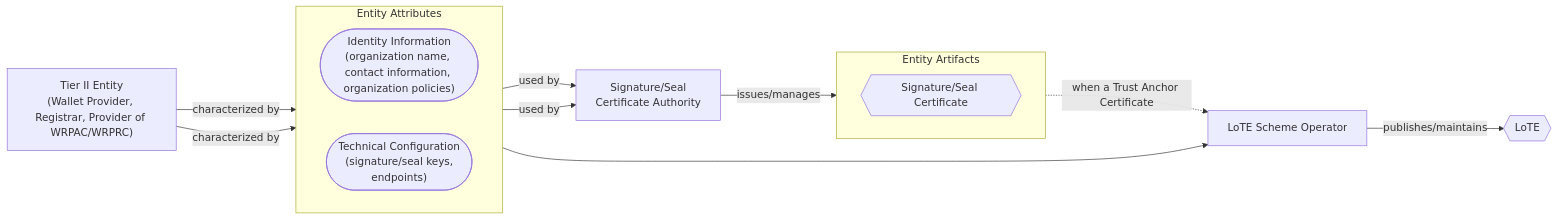
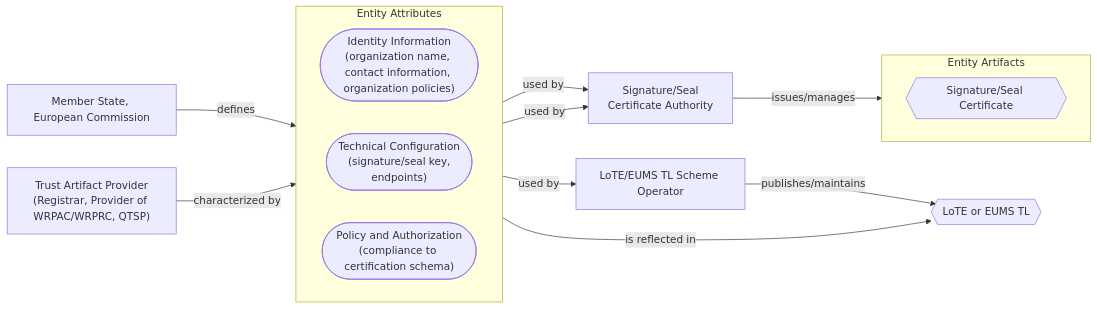
Before and after one commit to APTITUDE-Consortium/wp2-trust-specifications: the third of 4 diagrams in docs/topics/trust-management-process.md, drawn with Mermaid. The commit also changed other lines of this file, not shown here.

````diff
--- a/docs/topics/trust-management-process.md
+++ b/docs/topics/trust-management-process.md
@@ -240,32 +199,35 @@
 ```mermaid
 flowchart LR
-    mid_ent["Tier II Entity<br>(Wallet Provider, Registrar, Provider of WRPAC/WRPRC)"]
+    mid_ent["Trust Artifact Provider<br>(Registrar, Provider of WRPAC/WRPRC, QTSP)"]
 
     subgraph abst["Entity Attributes"]
         direction LR
         id(["Identity Information<br>(organization name, contact information, organization policies)"])
-        tech(["Technical Configuration<br>(signature/seal keys,<br> endpoints)"])
-        %%authz["Policy and Authorization<br>(entitlements, attestation provvision, attestation request, intermediary use, intended use)"]
+        tech(["Technical Configuration<br>(signature/seal key,<br> endpoints)"])
+        authz(["Policy and Authorization<br>(compliance to certification schema)"])
     end
 
     subgraph arti["Entity Artifacts"]
         direction LR
         csig{{"Signature/Seal Certificate"}}
     end
 
-    tl{{"LoTE"}}
+    ms["Member State, European Commission"]
+
+    tl{{"LoTE or EUMS TL"}}
 
     ca["Signature/Seal<br>Certificate Authority"]
-    tlp["LoTE Scheme Operator"]
+    tlp["LoTE/EUMS TL Scheme Operator"]
 
-    mid_ent --"characterized by"--> id
-    mid_ent --"characterized by"--> tech
+    mid_ent --"characterized by"--> abst
 
     id --"used by"--> ca
     tech --"used by"--> ca
     ca --"issues/manages"--> csig
 
-    csig -."when a Trust Anchor Certificate".-> tlp
-    abst ----> tlp
+    abst --"used by"--> tlp
     tlp --"publishes/maintains"--> tl
+
+    ms --"defines"--> authz
+    authz --"is reflected in"--> tl
 ```
````
